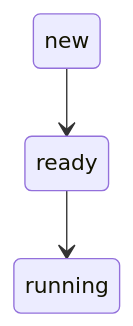
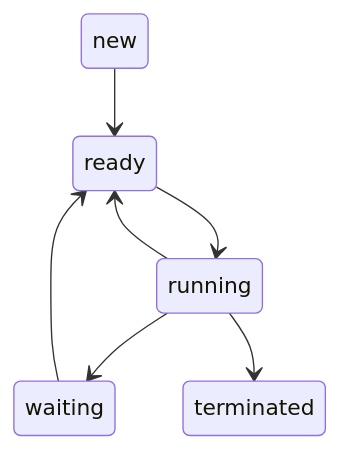
One commit to Omarrichi/Studium changed the second of 2 diagrams in BuS Notizen/Tutorial 1.md. Above: the diagram before and after it, drawn with Mermaid. The commit also changed other lines of this file, not shown here.

````diff
--- a/BuS Notizen/Tutorial 1.md
+++ b/BuS Notizen/Tutorial 1.md
@@ -112,5 +112,9 @@
 ```mermaid
 stateDiagram
 new --> ready
 ready --> running
+running --> ready
+running --> waiting
+running --> terminated
+waiting --> ready
 ```
````
